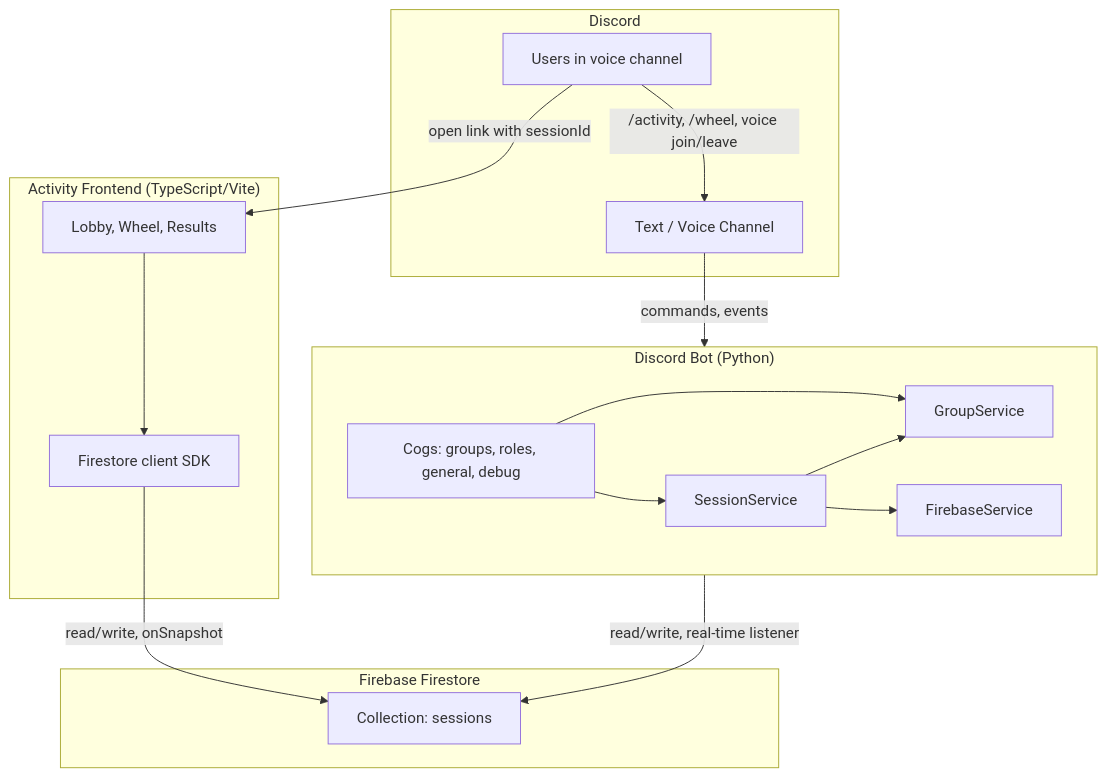
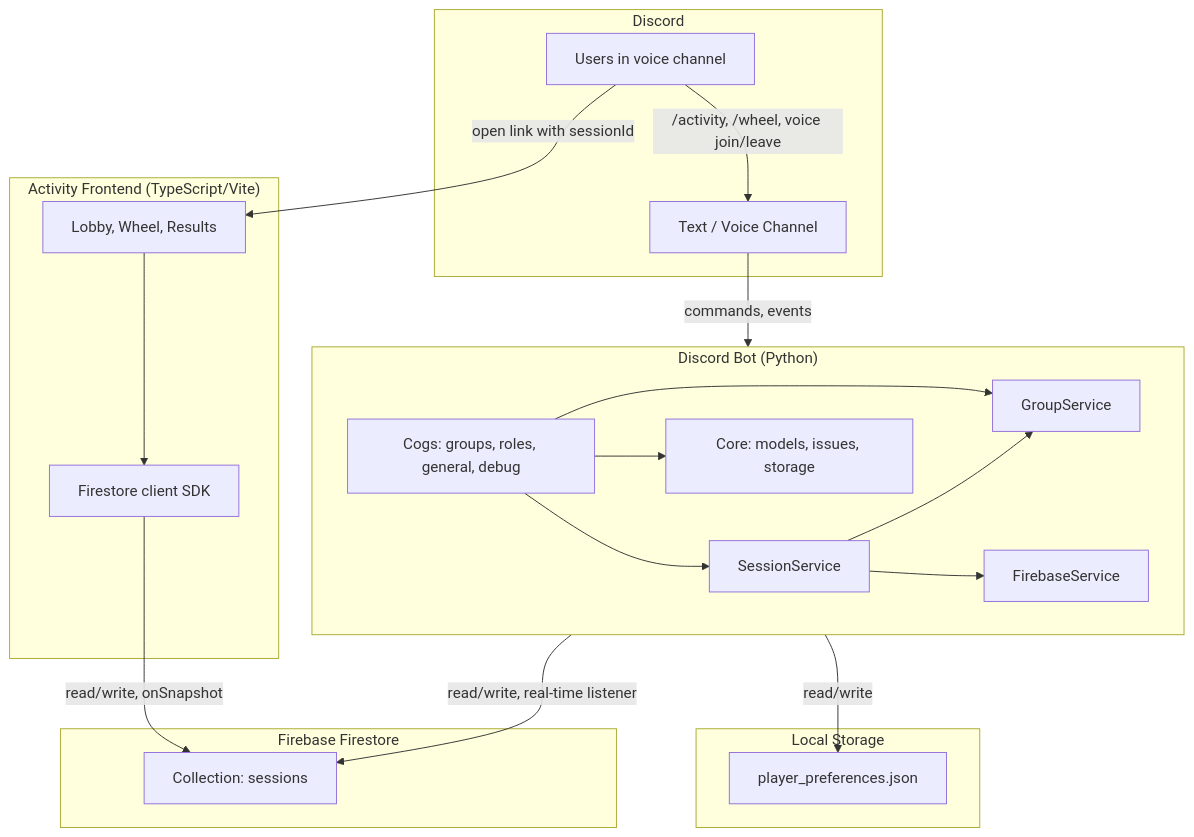
The first of 4 diagrams in ARCHITECTURE.md (TytaniumDev/MythicPlusDiscordBot), drawn with Mermaid before and after one commit. The commit also changed other lines of this file and 1 other file, not shown here.

First line of the commit message:
docs: Update ARCHITECTURE.md with missing core components and hybrid persistence details

````diff
--- a/ARCHITECTURE.md
+++ b/ARCHITECTURE.md
@@ -21,33 +21,40 @@
 ```mermaid
 flowchart TB
     subgraph Discord["Discord"]
         User[Users in voice channel]
         Channel[Text / Voice Channel]
     end
 
     subgraph Bot["Discord Bot (Python)"]
         Cogs[Cogs: groups, roles, general, debug]
         GroupService[GroupService]
         SessionService[SessionService]
         FirebaseService[FirebaseService]
+        Core[Core: models, issues, storage]
         Cogs --> GroupService
         Cogs --> SessionService
+        Cogs --> Core
         SessionService --> FirebaseService
         SessionService --> GroupService
     end
 
     subgraph Firebase["Firebase Firestore"]
         Sessions[Collection: sessions]
+    end
+
+    subgraph LocalStorage["Local Storage"]
+        Preferences[player_preferences.json]
     end
 
     subgraph Frontend["Activity Frontend (TypeScript/Vite)"]
         UI[Lobby, Wheel, Results]
         UI --> FirestoreClient[Firestore client SDK]
     end
 
     User -->|/activity, /wheel, voice join/leave| Channel
     Channel -->|commands, events| Bot
     Bot -->|read/write, real-time listener| Sessions
+    Bot -->|read/write| Preferences
     FirestoreClient -->|read/write, onSnapshot| Sessions
     User -->|open link with sessionId| UI
 ```
````
